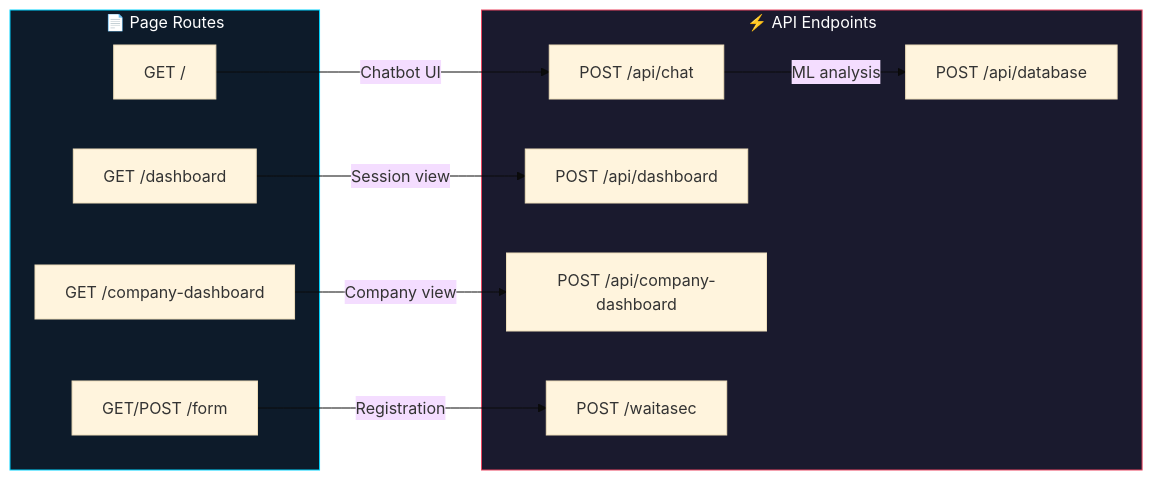
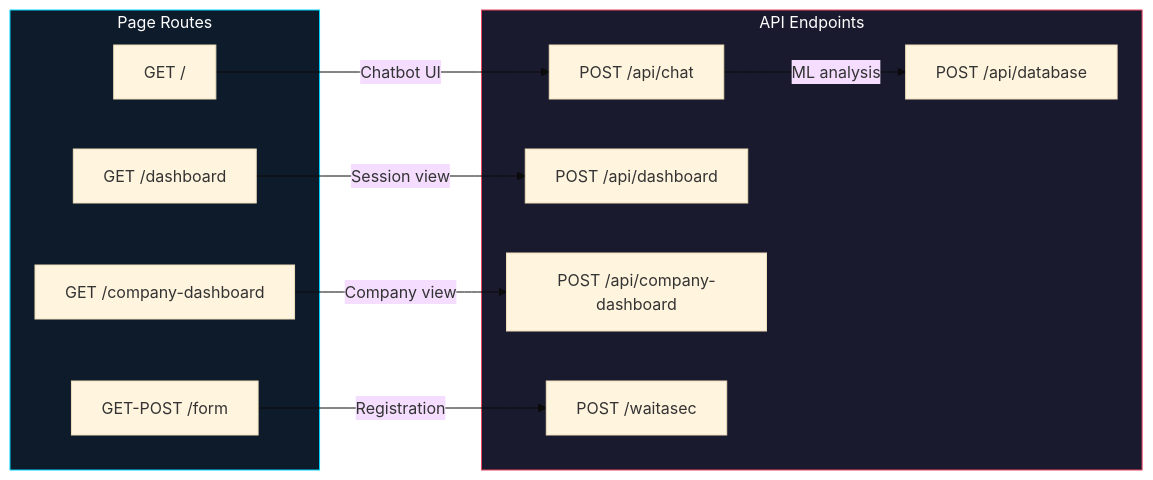
One commit to FahadhCodes/project_AIRES changed the fifth of 6 diagrams in README.md. Above: the diagram before and after it, drawn with Mermaid (base theme). The commit also changed other lines of this file, not shown here.

````diff
--- a/README.md
+++ b/README.md
@@ -322,26 +321,26 @@
 ```mermaid
 flowchart LR
-    subgraph Pages["📄 Page Routes"]
+    subgraph Pages["Page Routes"]
         R1["GET /"]
         R2["GET /dashboard"]
         R3["GET /company-dashboard"]
-        R4["GET/POST /form"]
+        R4["GET-POST /form"]
     end
 
-    subgraph APIs["⚡ API Endpoints"]
+    subgraph APIs["API Endpoints"]
         A1["POST /api/chat"]
         A2["POST /api/database"]
         A3["POST /api/dashboard"]
         A4["POST /api/company-dashboard"]
         A5["POST /waitasec"]
     end
 
     R1 -- "Chatbot UI" --> A1
     A1 -- "ML analysis" --> A2
     R2 -- "Session view" --> A3
     R3 -- "Company view" --> A4
     R4 -- "Registration" --> A5
 
     style Pages fill:#0d1b2a,stroke:#00d4ff,color:#fff
     style APIs fill:#1a1a2e,stroke:#e94560,color:#fff
 ```
````
